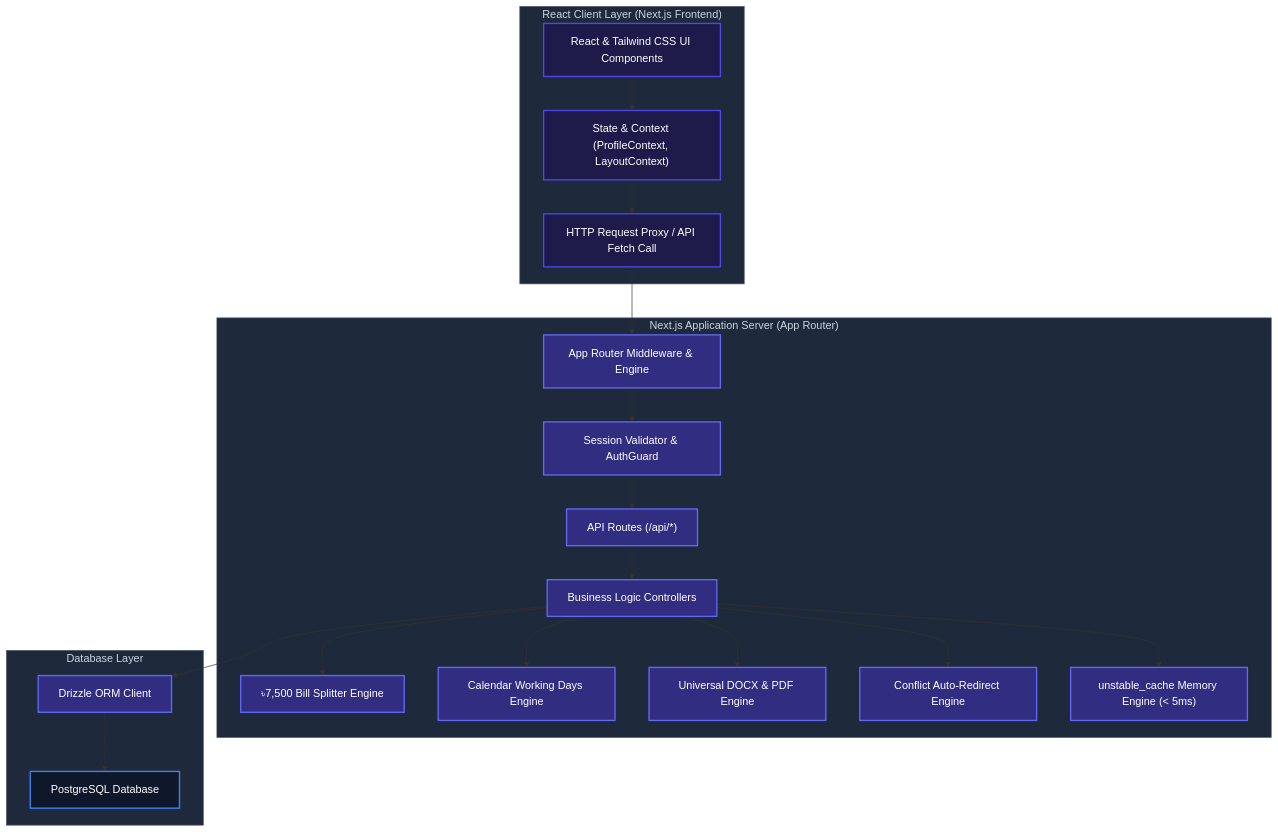
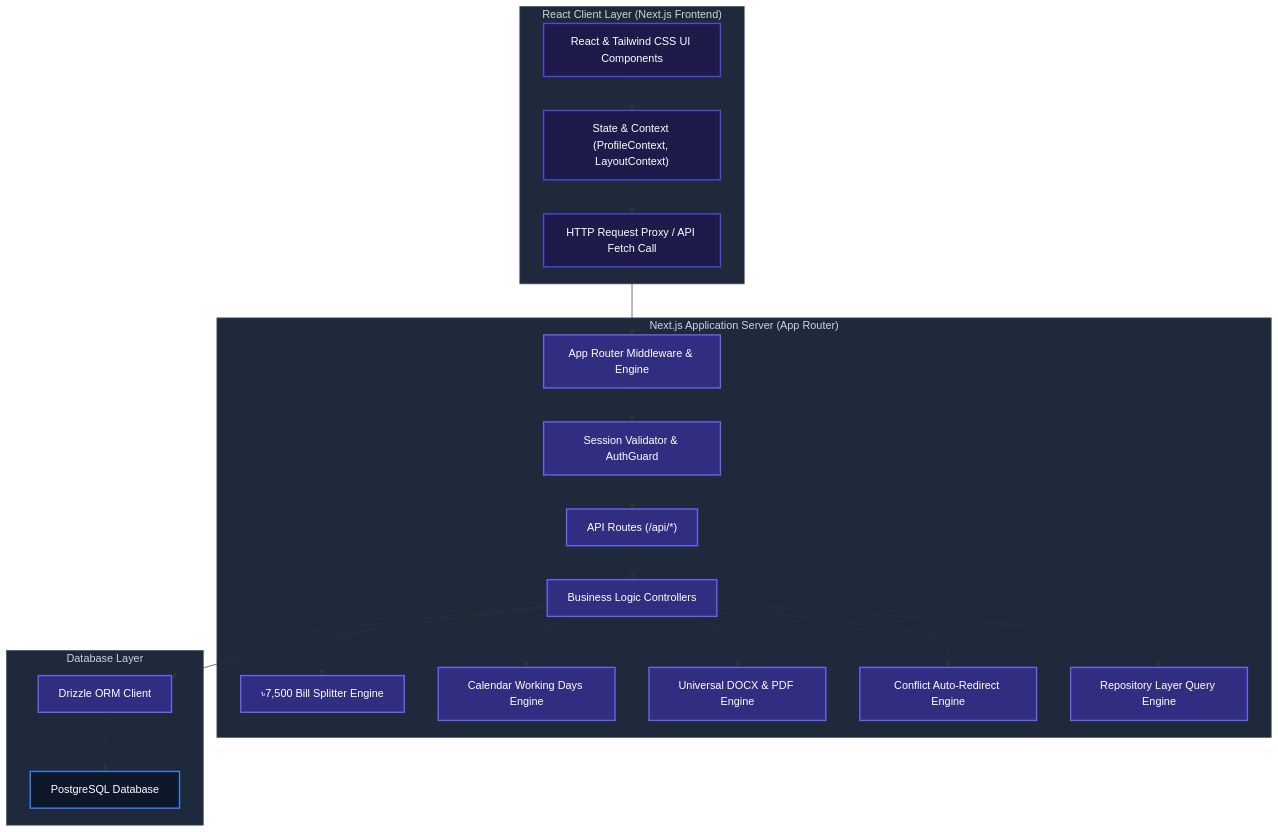
One commit to syedarifulislamemon2010/Late-Sitting-Holiday-Night-Duty changed the diagram in README.md. Above: the diagram before and after it, drawn with Mermaid. The commit also changed other lines of this file and 5 other files, not shown here.

````diff
--- a/README.md
+++ b/README.md
@@ -105,32 +105,32 @@
 ```mermaid
 graph TD
     classDef client fill:#1e1b4b,stroke:#4f46e5,stroke-width:2px,color:#fff;
     classDef server fill:#312e81,stroke:#6366f1,stroke-width:2px,color:#fff;
     classDef storage fill:#0f172a,stroke:#3b82f6,stroke-width:2px,color:#fff;
     classDef box fill:#1e293b,stroke:#475569,stroke-width:1px,color:#cbd5e1;
 
     subgraph Client["React Client Layer (Next.js Frontend)"]
         UI["React & Tailwind CSS UI Components"]:::client --> State["State & Context (ProfileContext, LayoutContext)"]:::client
         State --> Proxy["HTTP Request Proxy / API Fetch Call"]:::client
     end
 
     subgraph Server["Next.js Application Server (App Router)"]
         Proxy --> Router["App Router Middleware & Engine"]:::server
         Router --> Auth["Session Validator & AuthGuard"]:::server
         Auth --> Endpoints["API Routes (/api/*)"]:::server
         Endpoints --> Logic["Business Logic Controllers"]:::server
         
         Logic --> LimitSplitter["৳7,500 Bill Splitter Engine"]:::server
         Logic --> CalendarEngine["Calendar Working Days Engine"]:::server
         Logic --> DocxEngine["Universal DOCX & PDF Engine"]:::server
         Logic --> ConflictEngine["Conflict Auto-Redirect Engine"]:::server
-        Logic --> CacheEngine["unstable_cache Memory Engine (< 5ms)"]:::server
+        Logic --> RepoEngine["Repository Layer Query Engine"]:::server
     end
 
     subgraph Storage["Database Layer"]
         Logic --> Drizzle["Drizzle ORM Client"]:::server
         Drizzle --> PostgreSQL["PostgreSQL Database"]:::storage
     end
 
     class Client,Server,Storage box;
 ```
````
